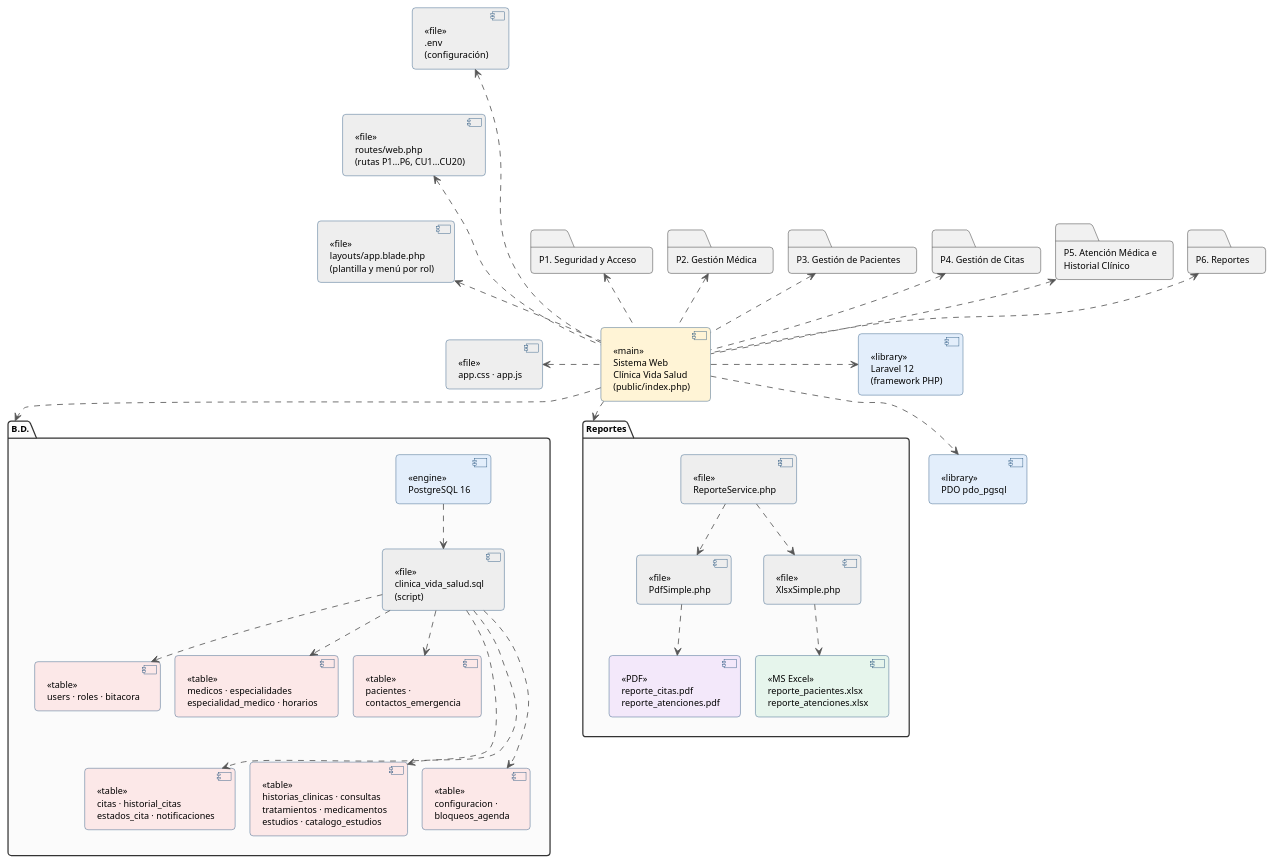
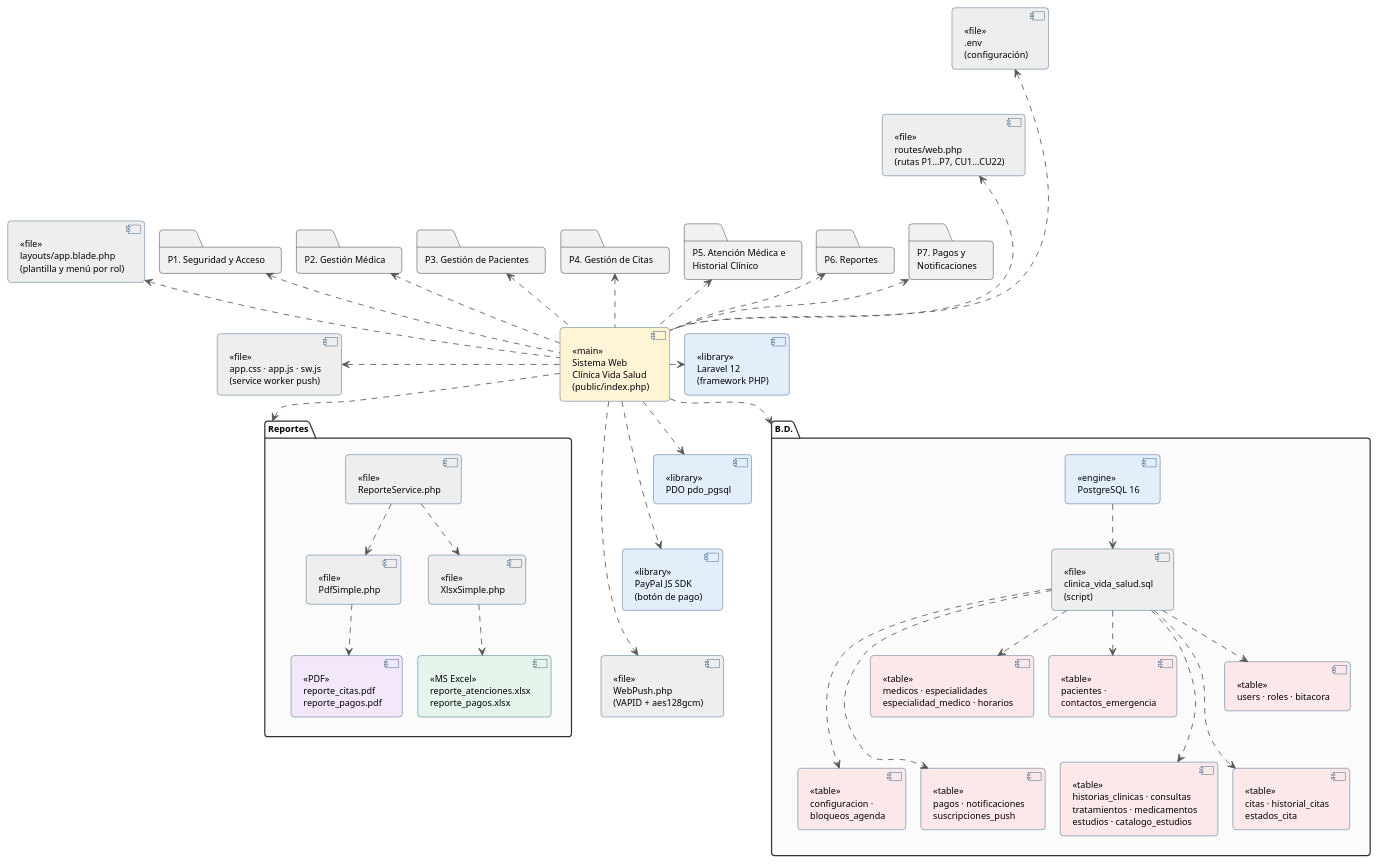
One commit to ronaldflores2004/VidaSalud changed the diagram in docs/uml/plantuml/componentes_sistema.puml. Above: the diagram before and after it, drawn with PlantUML. The commit also changed 42 other files, not shown here.

First line of the commit message:
Documento: diagramas UML actualizados con P7 (CU21 Pagar ficha, CU22 Notificaciones)

```diff
--- a/docs/uml/plantuml/componentes_sistema.puml
+++ b/docs/uml/plantuml/componentes_sistema.puml
@@ -1,114 +1,126 @@
 @startuml
 
 set separator none
 skinparam backgroundColor white
 skinparam defaultFontName Arial
 skinparam defaultFontSize 13
 skinparam shadowing false
 skinparam ArrowColor #333333
 skinparam ActorBorderColor #222222
 skinparam ActorBackgroundColor #FFFFFF
 skinparam UsecaseBorderColor #1F4E79
 skinparam UsecaseBackgroundColor #DCE9F7
 skinparam PackageBorderColor #333333
 skinparam PackageBackgroundColor #FFFFFF
 skinparam ClassBorderColor #333333
 skinparam ClassBackgroundColor #FFFFFF
 skinparam ClassHeaderBackgroundColor #DCE9F7
 skinparam NoteBackgroundColor #FFF8DC
 skinparam RectangleBorderColor #333333
 skinparam NodeBorderColor #1F4E79
 skinparam NodeBackgroundColor #F3F8FD
 skinparam ArtifactBackgroundColor #FFFFFF
 skinparam DatabaseBackgroundColor #DCE9F7
 skinparam SequenceLifeLineBorderColor #888888
 skinparam SequenceParticipantBackgroundColor #DCE9F7
 skinparam SequenceParticipantBorderColor #1F4E79
 skinparam ParticipantPadding 12
 skinparam BoundaryBackgroundColor #DCE9F7
 skinparam ControlBackgroundColor #DCE9F7
 skinparam EntityBackgroundColor #DCE9F7
 skinparam BoundaryBorderColor #1F4E79
 skinparam ControlBorderColor #1F4E79
 skinparam EntityBorderColor #1F4E79
 skinparam roundcorner 8
 skinparam componentStyle uml2
 skinparam ComponentBackgroundColor #FFFFFF
 skinparam ComponentBorderColor #1F4E79
 skinparam PackageBackgroundColor #FBFBFB
 skinparam ArrowColor #555555
 skinparam defaultFontSize 11
 
 skinparam nodesep 18
 skinparam ranksep 55
 component "«main»\nSistema Web\nClínica Vida Salud\n(public/index.php)" as MAIN #FFF4D6
 folder "P1. Seguridad y Acceso" as P1
 folder "P2. Gestión Médica" as P2
 folder "P3. Gestión de Pacientes" as P3
 folder "P4. Gestión de Citas" as P4
 folder "P5. Atención Médica e\nHistorial Clínico" as P5
 folder "P6. Reportes" as P6
+folder "P7. Pagos y\nNotificaciones" as P7
 component "«file»\n.env\n(configuración)" as ENV #EEEEEE
-component "«file»\nroutes/web.php\n(rutas P1…P6, CU1…CU20)" as RT #EEEEEE
+component "«file»\nroutes/web.php\n(rutas P1…P7, CU1…CU22)" as RT #EEEEEE
 component "«file»\nlayouts/app.blade.php\n(plantilla y menú por rol)" as LY #EEEEEE
-component "«file»\napp.css · app.js" as CSS #EEEEEE
+component "«file»\napp.css · app.js · sw.js\n(service worker push)" as CSS #EEEEEE
 component "«library»\nLaravel 12\n(framework PHP)" as LV #E3EEFB
 component "«library»\nPDO pdo_pgsql" as PDO #E3EEFB
+component "«library»\nPayPal JS SDK\n(botón de pago)" as PPS #E3EEFB
+component "«file»\nWebPush.php\n(VAPID + aes128gcm)" as WPF #EEEEEE
 package "B.D." as BD {
   component "«engine»\nPostgreSQL 16" as PG #E3EEFB
   component "«file»\nclinica_vida_salud.sql\n(script)" as SQL #EEEEEE
   component "«table»\nusers · roles · bitacora" as T1 #FCE8E8
   component "«table»\nmedicos · especialidades\nespecialidad_medico · horarios" as T2 #FCE8E8
   component "«table»\npacientes ·\ncontactos_emergencia" as T3 #FCE8E8
-  component "«table»\ncitas · historial_citas\nestados_cita · notificaciones" as T4 #FCE8E8
+  component "«table»\ncitas · historial_citas\nestados_cita" as T4 #FCE8E8
   component "«table»\nhistorias_clinicas · consultas\ntratamientos · medicamentos\nestudios · catalogo_estudios" as T5 #FCE8E8
   component "«table»\nconfiguracion ·\nbloqueos_agenda" as T6 #FCE8E8
+  component "«table»\npagos · notificaciones\nsuscripciones_push" as T7 #FCE8E8
 }
 package "Reportes" as RP {
-  component "«PDF»\nreporte_citas.pdf\nreporte_atenciones.pdf" as RPDF #F3E8FA
-  component "«MS Excel»\nreporte_pacientes.xlsx\nreporte_atenciones.xlsx" as RXLS #E6F5EC
+  component "«PDF»\nreporte_citas.pdf\nreporte_pagos.pdf" as RPDF #F3E8FA
+  component "«MS Excel»\nreporte_atenciones.xlsx\nreporte_pagos.xlsx" as RXLS #E6F5EC
   component "«file»\nReporteService.php" as RS #EEEEEE
   component "«file»\nPdfSimple.php" as PS #EEEEEE
   component "«file»\nXlsxSimple.php" as XS #EEEEEE
 }
 MAIN .up.> P1
 MAIN .up.> P2
 MAIN .up.> P3
 MAIN .up.> P4
 MAIN .up.> P5
 MAIN .up.> P6
+MAIN .up.> P7
 MAIN .left.> ENV
 MAIN .left.> RT
 MAIN .left.> LY
 MAIN .left.> CSS
 ENV -[hidden]down- RT
 RT -[hidden]down- LY
 LY -[hidden]down- CSS
 MAIN .right.> LV
 MAIN .right.> PDO
 LV -[hidden]down- PDO
+PDO -[hidden]down- PPS
+PPS -[hidden]down- WPF
+MAIN .right.> PPS
+MAIN .right.> WPF
 MAIN .down.> BD
 MAIN .down.> RP
 T1 -[hidden]right- T2
 T2 -[hidden]right- T3
 T4 -[hidden]right- T5
 T5 -[hidden]right- T6
+T6 -[hidden]right- T7
 T1 -[hidden]down- T4
 PG ..> SQL
 SQL ..> T1
 SQL ..> T2
 SQL ..> T3
 SQL ..> T4
 SQL ..> T5
 SQL ..> T6
+SQL ..> T7
 P1 -[hidden]right- P2
 P2 -[hidden]right- P3
 P3 -[hidden]right- P4
 P4 -[hidden]right- P5
 P5 -[hidden]right- P6
+P6 -[hidden]right- P7
 RS ..> PS
 RS ..> XS
 PS ..> RPDF
 XS ..> RXLS
 
 @enduml
```
